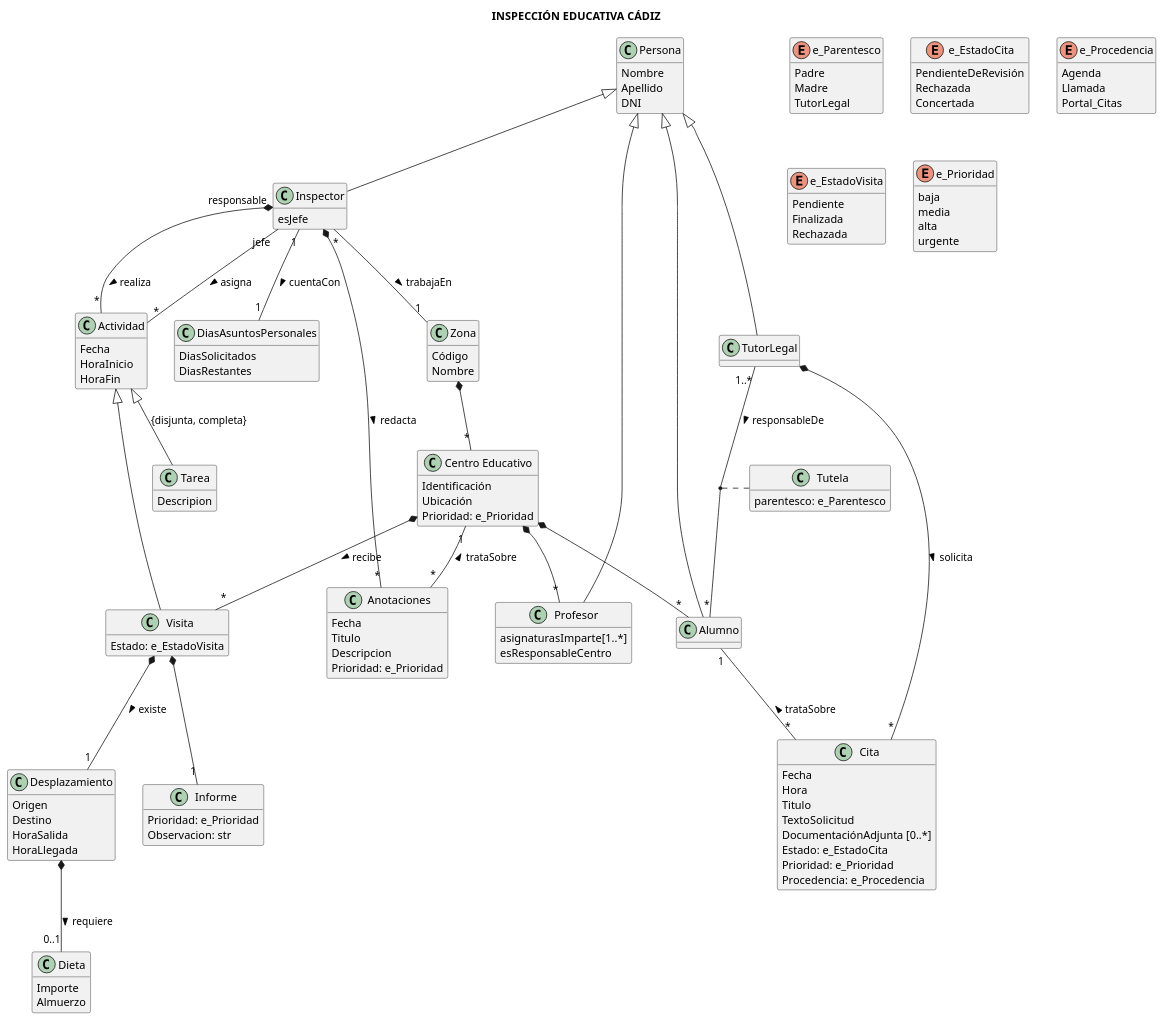
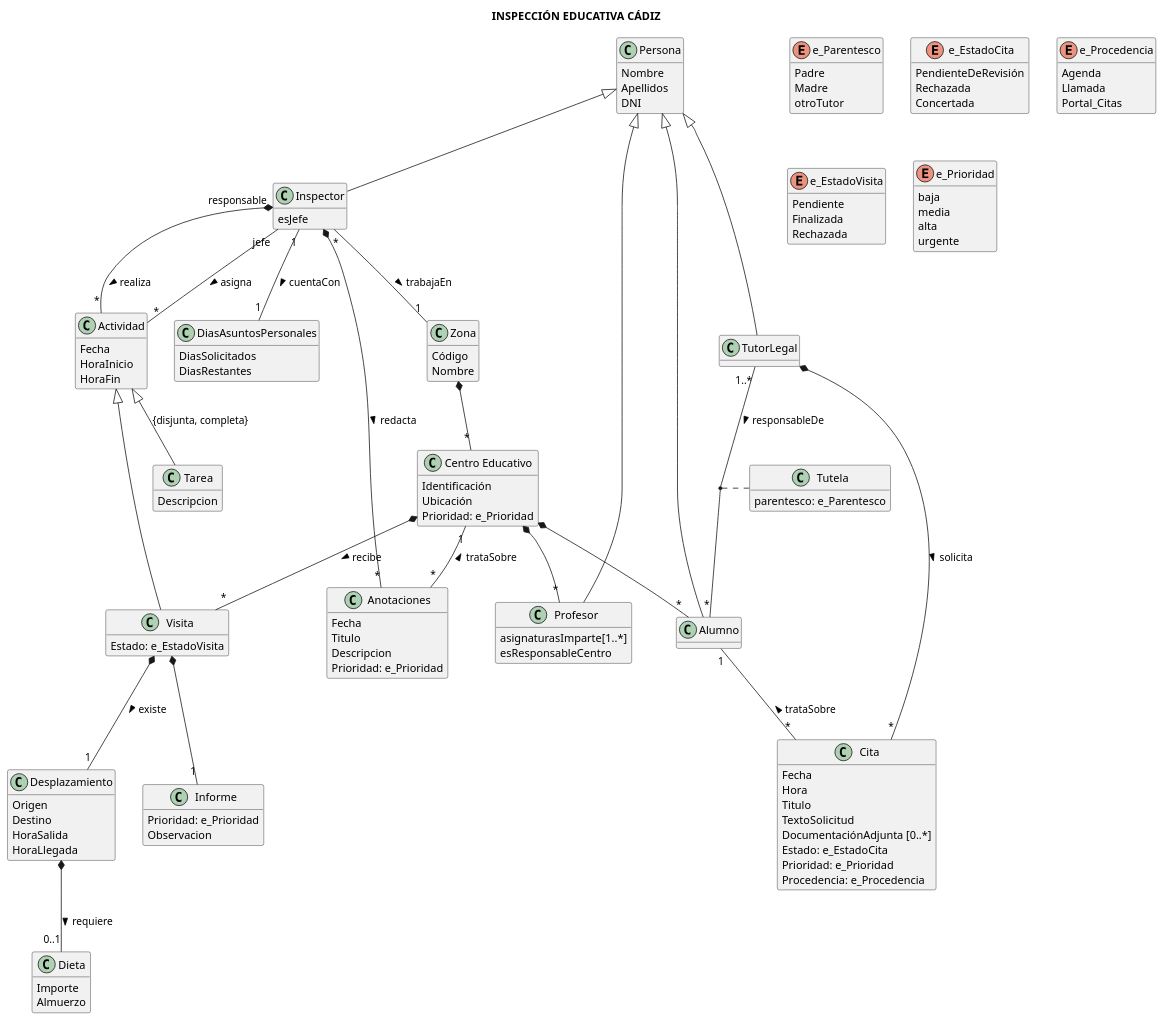
Before and after one commit to lorenzomaranon/ProyectoBD_Inspeccion_Educativa: the diagram in docs/modelado_conceptual.puml, drawn with PlantUML.

Commit message:
Correcciones de escritura y expresiones

```diff
--- a/docs/modelado_conceptual.puml
+++ b/docs/modelado_conceptual.puml
@@ -136,11 +136,11 @@
 
 class Informe { 
     Prioridad: e_Prioridad
-    Observacion: str
+    Observacion
     }
 
 class Tarea {
-    Descripion
+    Descripcion
 }
 
 class DiasAsuntosPersonales {
@@ -155,7 +155,7 @@
 
 class Persona {
     Nombre
-    Apellido
+    Apellidos
     DNI
 }
 
@@ -179,7 +179,7 @@
 enum e_Parentesco {
   Padre
   Madre
-  TutorLegal
+  otroTutor
 }
 
 enum e_EstadoCita{
```
